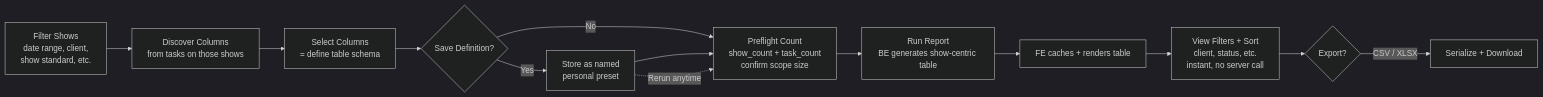
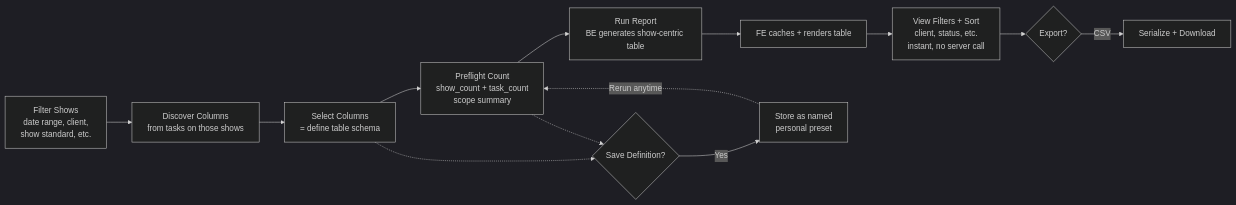
One commit to allenlin90/eridu-services changed the first of 5 diagrams in docs/prd/task-submission-reporting.md. Above: the diagram before and after it, drawn with Mermaid (dark theme). The commit also changed other lines of this file and 2 other files, not shown here.

Commit message:
fix(task-reports): export full dataset csv and align docs

````diff
--- a/docs/prd/task-submission-reporting.md
+++ b/docs/prd/task-submission-reporting.md
@@ -76,15 +76,15 @@
 ```mermaid
 flowchart LR
     A[Filter Shows<br/>date range, client,<br/>show standard, etc.] --> B[Discover Columns<br/>from tasks on those shows]
     B --> C[Select Columns<br/>= define table schema]
-    C --> S{Save Definition?}
-    S -->|Yes| I[Store as named<br/>personal preset]
-    S -->|No| P
-    I --> P[Preflight Count<br/>show_count + task_count<br/>confirm scope size]
+    C --> P[Preflight Count<br/>show_count + task_count<br/>scope summary]
     P --> D[Run Report<br/>BE generates show-centric table]
     D --> F[FE caches + renders table]
     F --> V[View Filters + Sort<br/>client, status, etc.<br/>instant, no server call]
     V --> G{Export?}
-    G -->|CSV / XLSX| H[Serialize + Download]
+    G -->|CSV| H[Serialize + Download]
+    C -.-> S{Save Definition?}
+    P -.-> S
+    S -->|Yes| I[Store as named<br/>personal preset]
     I -.->|Rerun anytime| P
 ```
````
